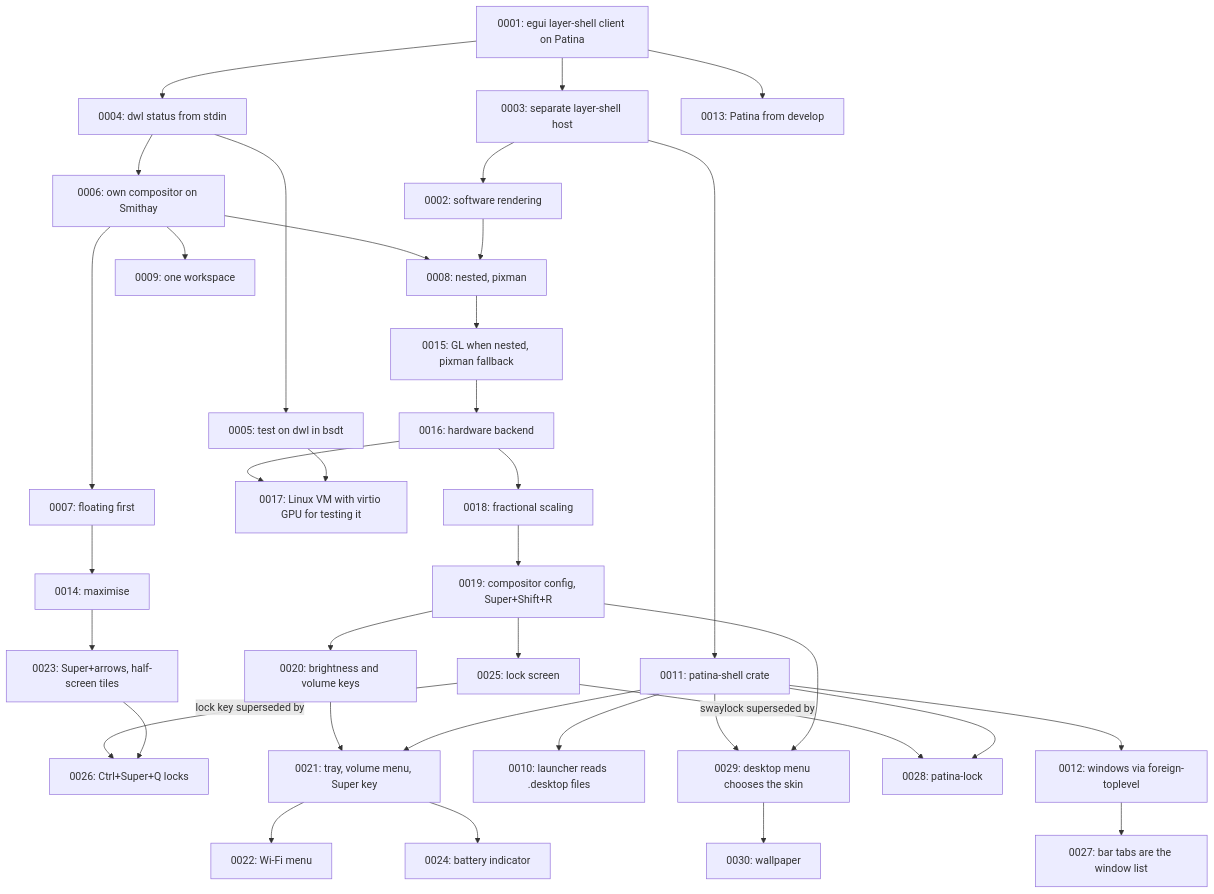
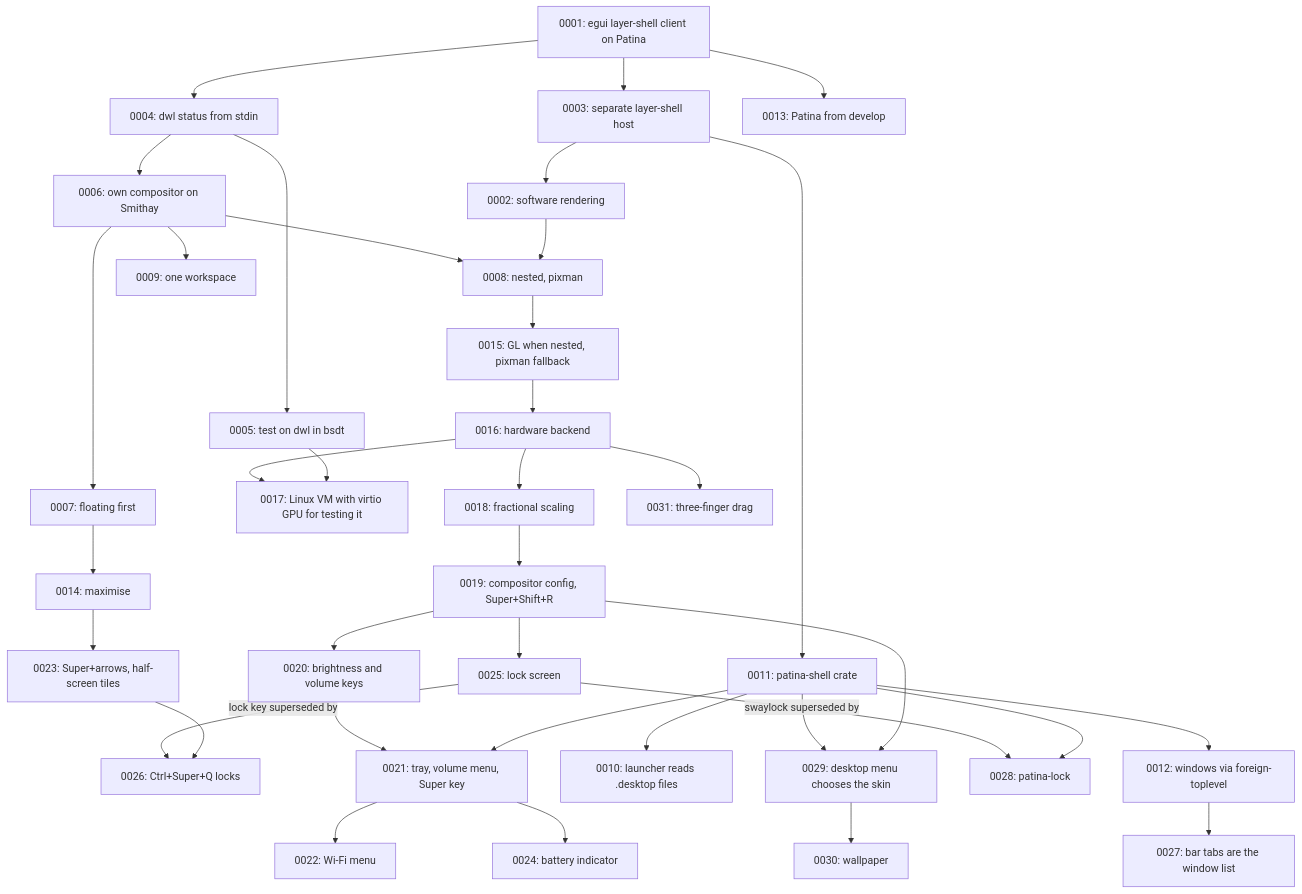
The diagram in docs/adr/README.md (Sector-F-Labs/patina-desktop), drawn with Mermaid before and after one commit. The commit also changed other lines of this file and 9 other files, not shown here.

First line of the commit message:
Three-finger drag, on by default

````diff
--- a/docs/adr/README.md
+++ b/docs/adr/README.md
@@ -78,38 +79,39 @@
 ```mermaid
 flowchart TD
     A[0001: egui layer-shell client on Patina] --> B[0003: separate layer-shell host]
     B --> C[0002: software rendering]
     A --> D[0004: dwl status from stdin]
     D --> E[0005: test on dwl in bsdt]
     D --> F[0006: own compositor on Smithay]
     F --> G[0007: floating first]
     G --> N[0014: maximise]
     N --> W[0023: Super+arrows, half-screen tiles]
     F --> H[0008: nested, pixman]
     H --> O[0015: GL when nested, pixman fallback]
     O --> P[0016: hardware backend]
     P --> Q[0017: Linux VM with virtio GPU for testing it]
     P --> R[0018: fractional scaling]
     R --> S[0019: compositor config, Super+Shift+R]
     S --> T[0020: brightness and volume keys]
     S --> Y[0025: lock screen]
     Y -->|lock key superseded by| Z[0026: Ctrl+Super+Q locks]
     W --> Z
     T --> U[0021: tray, volume menu, Super key]
     U --> V[0022: Wi-Fi menu]
     U --> X[0024: battery indicator]
     K --> U
     E --> Q
     C --> H
     F --> I[0009: one workspace]
     B --> K[0011: patina-shell crate]
     K --> J[0010: launcher reads .desktop files]
     K --> L[0012: windows via foreign-toplevel]
     L --> AA[0027: bar tabs are the window list]
     Y -->|swaylock superseded by| AB[0028: patina-lock]
     K --> AB
     K --> AC[0029: desktop menu chooses the skin]
     S --> AC
     AC --> AD[0030: wallpaper]
+    P --> AE[0031: three-finger drag]
     A --> M[0013: Patina from develop]
 ```
````
